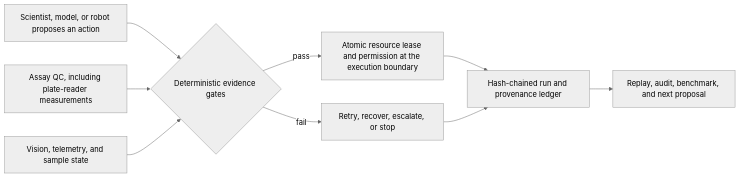
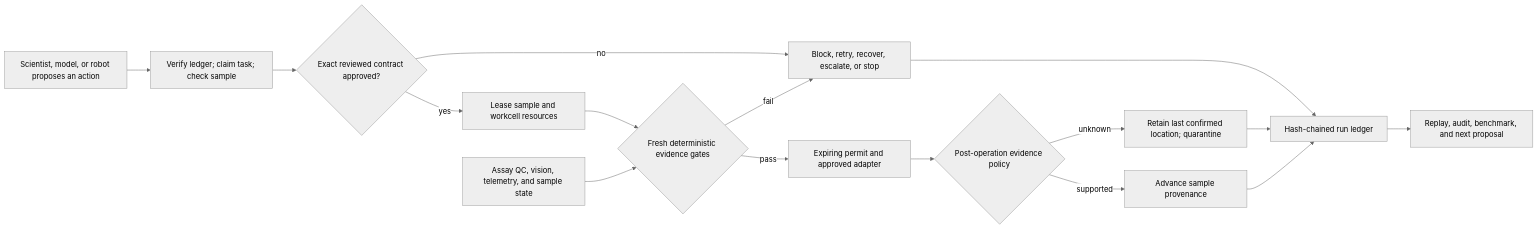
One commit to di-omics/autonomous-lab changed the diagram in README.md. Above: the diagram before and after it, drawn with Mermaid (neutral theme). The commit also changed other lines of this file and 12 other files, not shown here.

````diff
--- a/README.md
+++ b/README.md
@@ -24,11 +24,18 @@
 ```mermaid
 flowchart LR
-  A["Scientist, model, or robot proposes an action"] --> D{"Deterministic evidence gates"}
-  B["Assay QC, including plate-reader measurements"] --> D
-  C["Vision, telemetry, and sample state"] --> D
-  D -->|pass| E["Atomic resource lease and permission at the execution boundary"]
-  D -->|fail| F["Retry, recover, escalate, or stop"]
-  E --> G["Hash-chained run and provenance ledger"]
-  F --> G
-  G --> H["Replay, audit, benchmark, and next proposal"]
+  A["Scientist, model, or robot proposes an action"] --> T["Verify ledger; claim task; check sample"]
+  T --> B{"Exact reviewed contract approved?"}
+  B -->|yes| C["Lease sample and workcell resources"]
+  B -->|no| F["Block, retry, recover, escalate, or stop"]
+  C --> D{"Fresh deterministic evidence gates"}
+  Q["Assay QC, vision, telemetry, and sample state"] --> D
+  D -->|pass| I["Expiring permit and approved adapter"]
+  D -->|fail| F
+  I --> J{"Post-operation evidence policy"}
+  J -->|supported| G["Advance sample provenance"]
+  J -->|unknown| K["Retain last confirmed location; quarantine"]
+  F --> L
+  K --> L
+  G --> L["Hash-chained run ledger"]
+  L --> H["Replay, audit, benchmark, and next proposal"]
 ```
````
